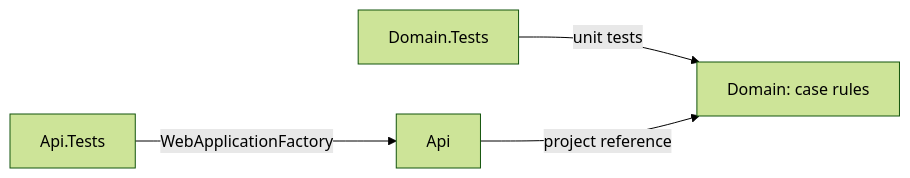
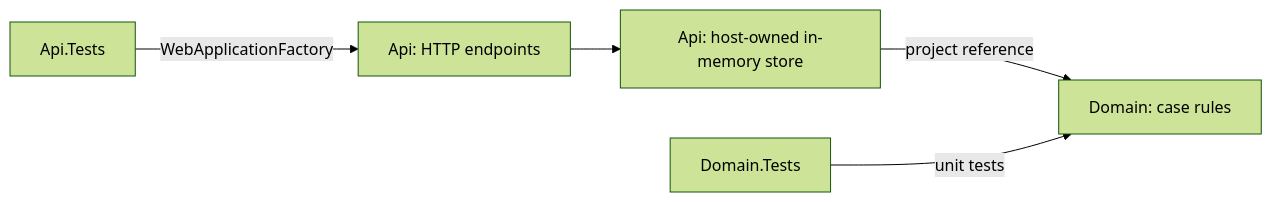
The first of 2 diagrams in docs/architecture/overview.md (shivamchopra/enterprise-case-intelligence), drawn with Mermaid (forest theme) before and after one commit. The commit also changed other lines of this file and 15 other files, not shown here.

Commit message:
feat: implement local case API with isolated in-memory storage

````diff
--- a/docs/architecture/overview.md
+++ b/docs/architecture/overview.md
@@ -17,6 +17,7 @@
 ```mermaid
 flowchart LR
-    ApiTests[Api.Tests] -->|WebApplicationFactory| Api[Api]
-    DomainTests[Domain.Tests] -->|unit tests| Domain[Domain: case rules]
-    Api -->|project reference| Domain
+    ApiTests[Api.Tests] -->|WebApplicationFactory| Api[Api: HTTP endpoints]
+    Api --> Store[Api: host-owned in-memory store]
+    Store -->|project reference| Domain[Domain: case rules]
+    DomainTests[Domain.Tests] -->|unit tests| Domain
 ```
````
